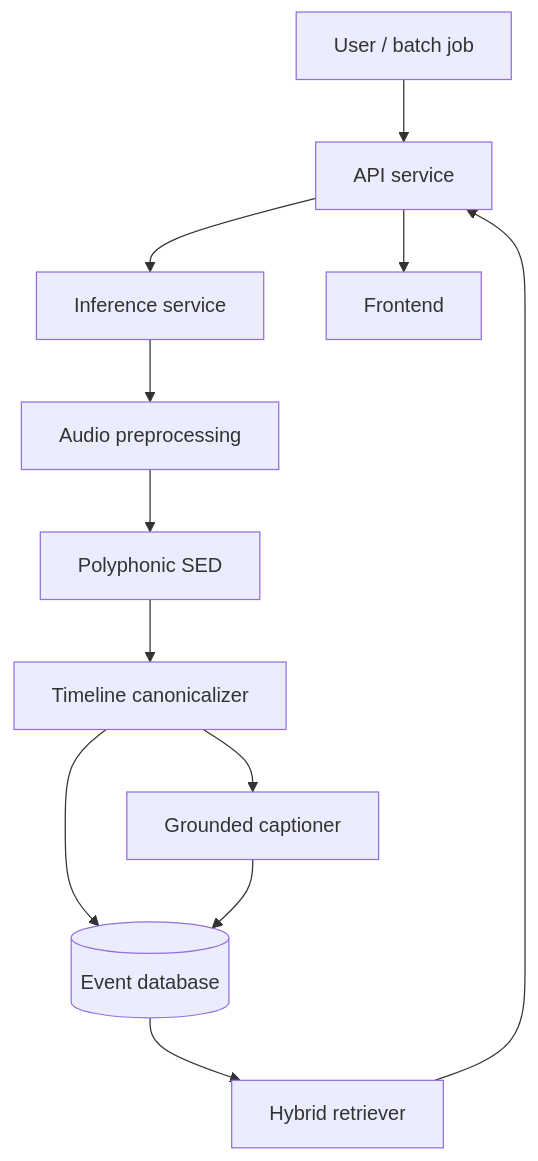
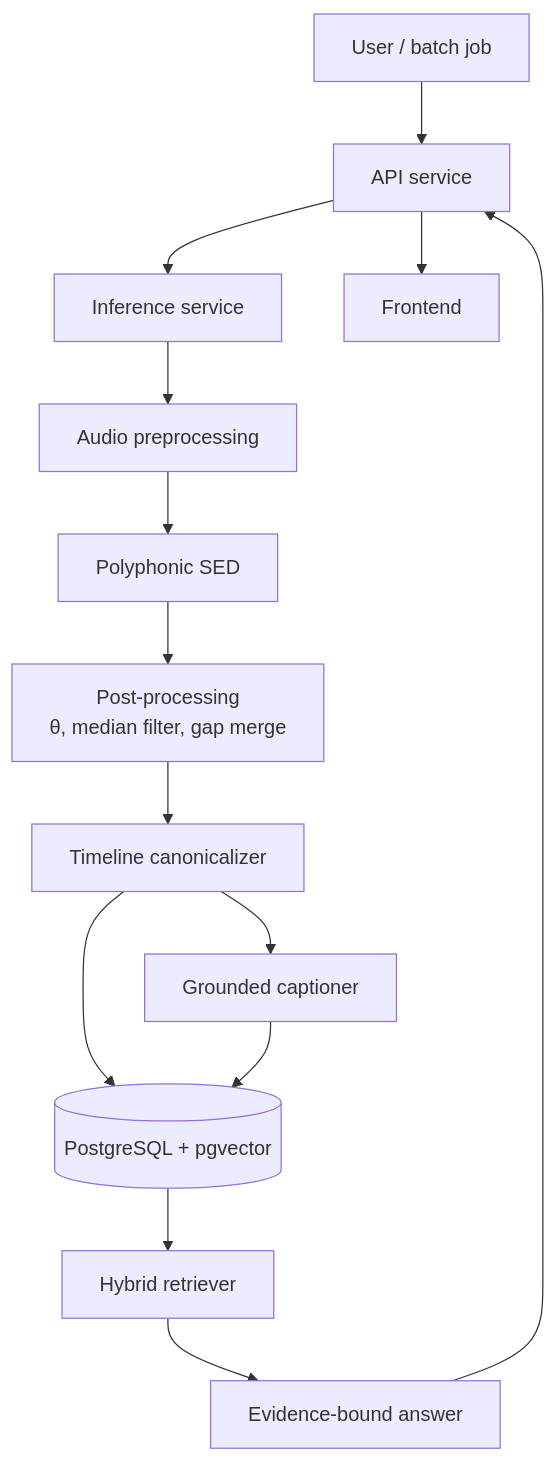
The first of 2 diagrams in docs/SYSTEM.md (paterdubs/environmental-audio-rag), drawn with Mermaid before and after one commit. The commit also changed other lines of this file and 11 other files, not shown here.

````diff
--- a/docs/SYSTEM.md
+++ b/docs/SYSTEM.md
@@ -43,14 +611,16 @@
 ```mermaid
 flowchart TB
     U[User / batch job] --> API[API service]
     API --> INF[Inference service]
     INF --> PRE[Audio preprocessing]
     PRE --> SED[Polyphonic SED]
-    SED --> TL[Timeline canonicalizer]
+    SED --> POST[Post-processing<br/>θ, median filter, gap merge]
+    POST --> TL[Timeline canonicalizer]
     TL --> CAP[Grounded captioner]
-    TL --> DB[(Event database)]
+    TL --> DB[(PostgreSQL + pgvector)]
     CAP --> DB
     DB --> RET[Hybrid retriever]
-    RET --> API
+    RET --> ANS[Evidence-bound answer]
+    ANS --> API
     API --> UI[Frontend]
 ```
````
